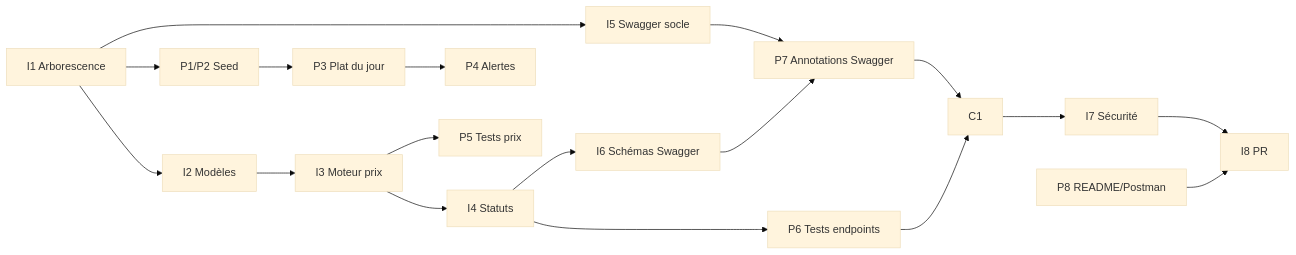
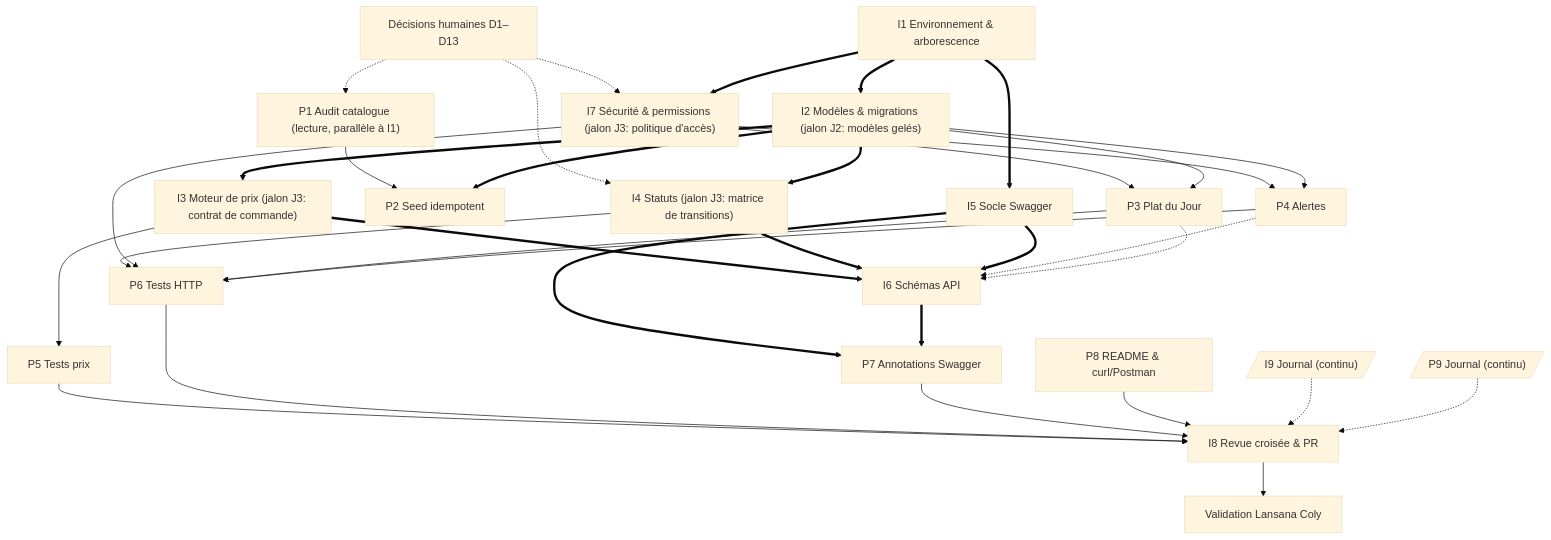
One commit to lansanacoly7/BMC_FOOD changed the diagram in docs/repartition_taches_backend.md. Above: the diagram before and after it, drawn with Mermaid (base theme). The commit also changed other lines of this file and 4 other files, not shown here.

````diff
--- a/docs/repartition_taches_backend.md
+++ b/docs/repartition_taches_backend.md
@@ -57,19 +79,36 @@
 ```mermaid
-flowchart LR
-    I1[I1 Arborescence] --> I2[I2 Modèles]
-    I1 --> I5[I5 Swagger socle]
-    I2 --> I3[I3 Moteur prix]
-    I3 --> I4[I4 Statuts]
-    I1 --> P1[P1/P2 Seed]
-    P1 --> P3[P3 Plat du jour]
-    P3 --> P4[P4 Alertes]
-    I3 --> P5[P5 Tests prix]
-    I4 --> P6[P6 Tests endpoints]
-    I5 --> P7[P7 Annotations Swagger]
-    I4 --> I6[I6 Schémas Swagger]
-    I6 --> P7
-    P7 --> C1
-    P6 --> C1
-    C1 --> I7[I7 Sécurité] --> I8[I8 PR]
-    P8[P8 README/Postman] --> I8
+flowchart TD
+    D[Décisions humaines D1–D13] -.-> I7
+    D -.-> I4
+    D -.-> P1
+    I1["I1 Environnement & arborescence"] ==> I2["I2 Modèles & migrations (jalon J2: modèles gelés)"]
+    I1 ==> I5["I5 Socle Swagger"]
+    I1 ==> I7["I7 Sécurité & permissions (jalon J3: politique d'accès)"]
+    P1["P1 Audit catalogue (lecture, parallèle à I1)"] --> P2
+    I2 ==> I3["I3 Moteur de prix (jalon J3: contrat de commande)"]
+    I2 ==> I4["I4 Statuts (jalon J3: matrice de transitions)"]
+    I2 ==> P2["P2 Seed idempotent"]
+    I7 --> P3["P3 Plat du Jour"]
+    I7 --> P4["P4 Alertes"]
+    I2 --> P3
+    I2 --> P4
+    I3 ==> I6["I6 Schémas API"]
+    I4 ==> I6
+    I5 ==> I6
+    P4 -.-> I6
+    P3 -.-> I6
+    I3 --> P5["P5 Tests prix"]
+    I4 --> P6["P6 Tests HTTP"]
+    I7 --> P6
+    P3 --> P6
+    P4 --> P6
+    I5 ==> P7["P7 Annotations Swagger"]
+    I6 ==> P7
+    P5 --> I8
+    P6 --> I8
+    P7 --> I8
+    P8["P8 README & curl/Postman"] --> I8["I8 Revue croisée & PR"]
+    I9[/"I9 Journal (continu)"/] -.-> I8
+    P9[/"P9 Journal (continu)"/] -.-> I8
+    I8 --> V["Validation Lansana Coly"]
 ```
````
